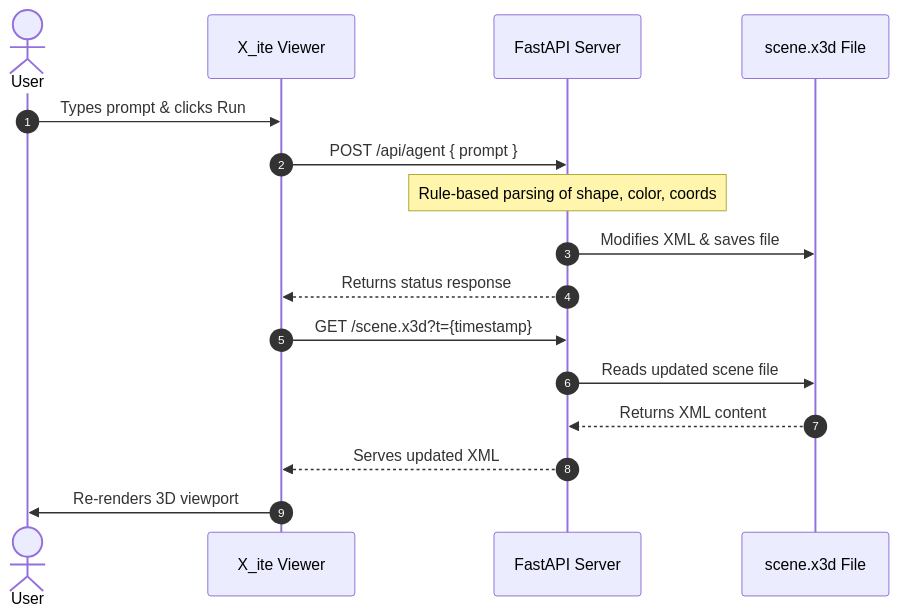
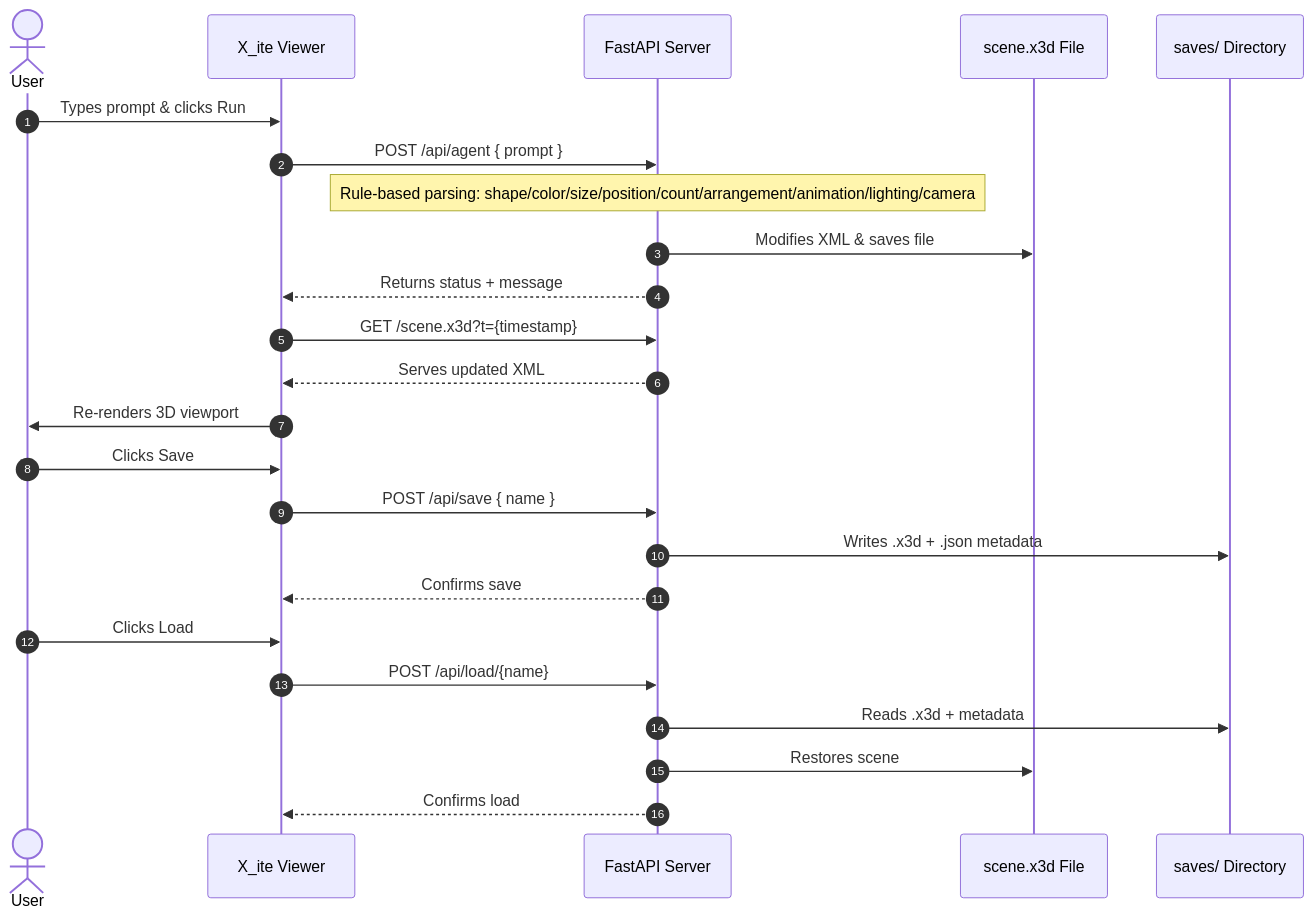
The diagram in README.md (subunits/AI-x3d), drawn with Mermaid before and after one commit. The commit also changed other lines of this file and 1 other file, not shown here.

````diff
--- a/README.md
+++ b/README.md
@@ -27,19 +16,29 @@
 ```mermaid
 sequenceDiagram
     autonumber
     actor User
     participant Browser as X_ite Viewer
     participant API as FastAPI Server
     participant File as scene.x3d File
+    participant Saves as saves/ Directory
 
     User->>Browser: Types prompt & clicks Run
     Browser->>API: POST /api/agent { prompt }
-    Note over API: Rule-based parsing of shape, color, coords
+    Note over API: Rule-based parsing: shape/color/size/position/count/arrangement/animation/lighting/camera
     API->>File: Modifies XML & saves file
-    API-->>Browser: Returns status response
+    API-->>Browser: Returns status + message
     Browser->>API: GET /scene.x3d?t={timestamp}
-    API->>File: Reads updated scene file
-    File-->>API: Returns XML content
     API-->>Browser: Serves updated XML
     Browser->>User: Re-renders 3D viewport
+
+    User->>Browser: Clicks Save
+    Browser->>API: POST /api/save { name }
+    API->>Saves: Writes .x3d + .json metadata
+    API-->>Browser: Confirms save
+
+    User->>Browser: Clicks Load
+    Browser->>API: POST /api/load/{name}
+    API->>Saves: Reads .x3d + metadata
+    API->>File: Restores scene
+    API-->>Browser: Confirms load
 ```
````
